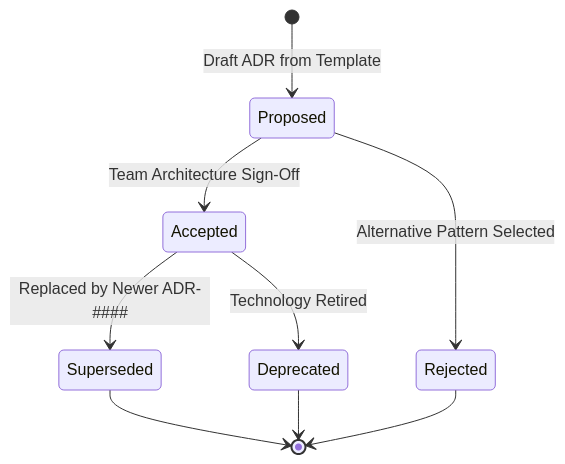
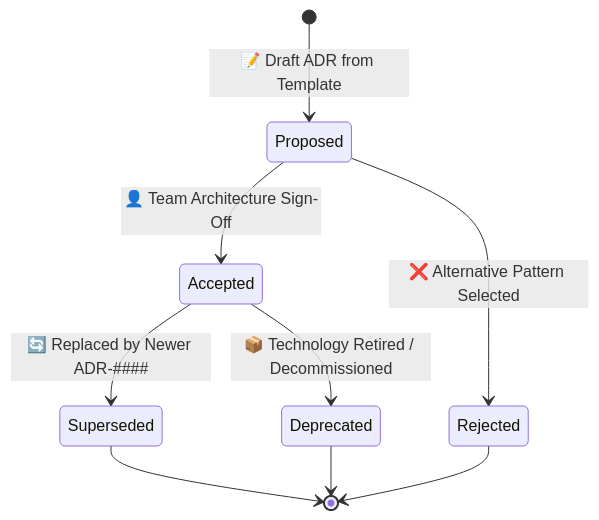
One commit to rmsofficialsyt/Agentic-AI-Vibe-Coding-AND-SDD-TDD-Codebase-Chandan-Adhikary changed the diagram in Vibe-Coding-Chandan-Adhikary/Vibe-Coding/docs/adrs/README.md. Above: the diagram before and after it, drawn with Mermaid. The commit also changed 23 other files, not shown here.

Commit message:
docs: redesign diagrams to Eraser.io visual style and regenerate MANIFEST.json

````diff
--- a/Vibe-Coding-Chandan-Adhikary/Vibe-Coding/docs/adrs/README.md
+++ b/Vibe-Coding-Chandan-Adhikary/Vibe-Coding/docs/adrs/README.md
@@ -24,13 +24,13 @@
 ```mermaid
 stateDiagram-v2
-    [*] --> Proposed: Draft ADR from Template
-    Proposed --> Accepted: Team Architecture Sign-Off
-    Proposed --> Rejected: Alternative Pattern Selected
+    [*] --> Proposed: 📝 Draft ADR from Template
+    Proposed --> Accepted: 👤 Team Architecture Sign-Off
+    Proposed --> Rejected: ❌ Alternative Pattern Selected
     
-    Accepted --> Superseded: Replaced by Newer ADR-####
-    Accepted --> Deprecated: Technology Retired
+    Accepted --> Superseded: 🔄 Replaced by Newer ADR-####
+    Accepted --> Deprecated: 📦 Technology Retired / Decommissioned
     
     Superseded --> [*]
     Deprecated --> [*]
     Rejected --> [*]
 ```
````
